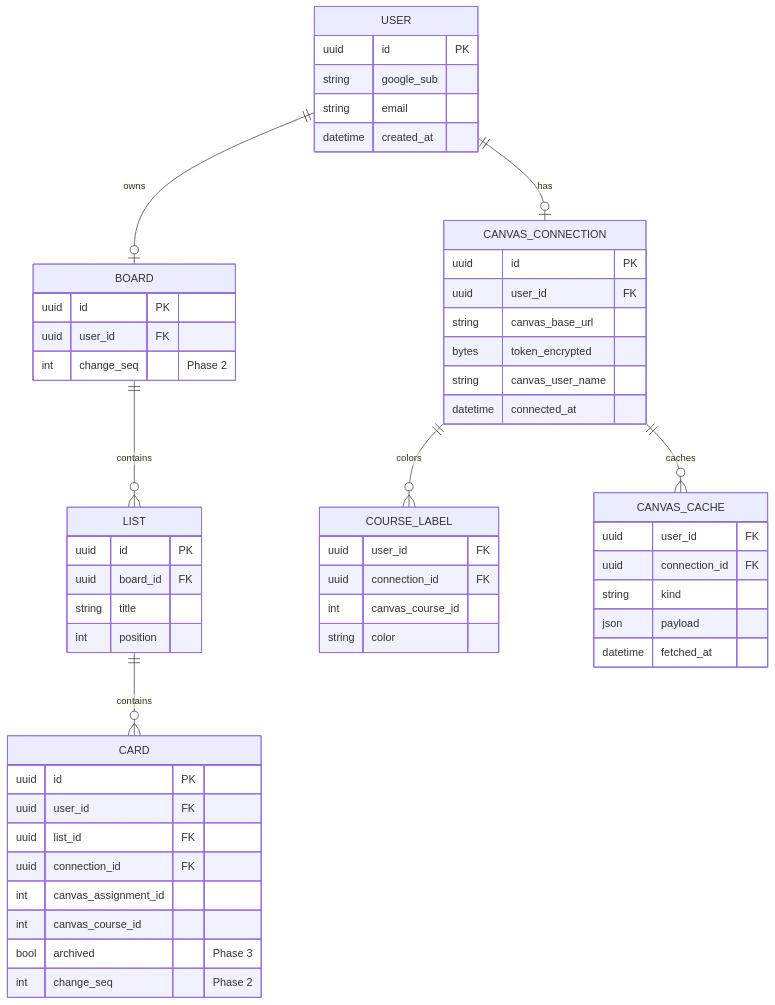
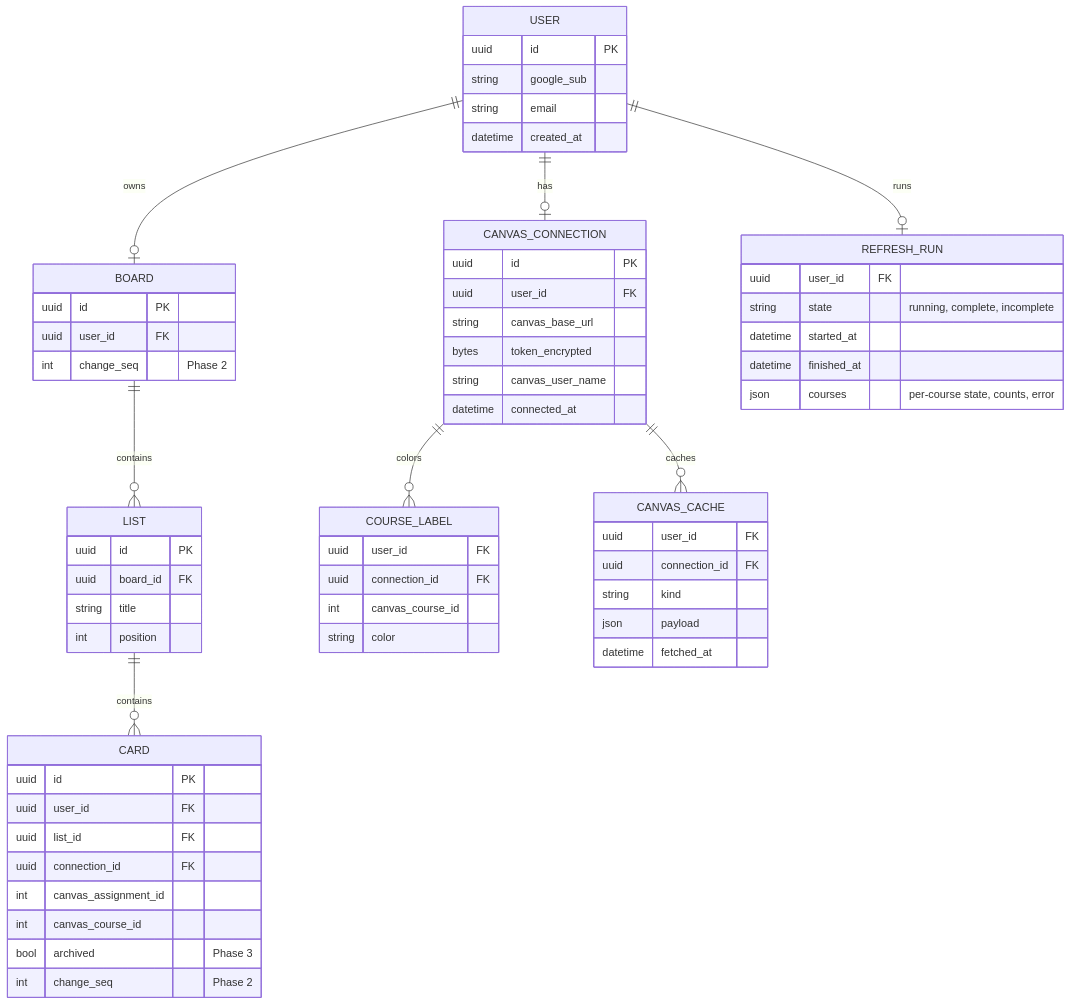
The second of 6 diagrams in docs/canvas-portal/03-design.md (bbranton/TestProj), drawn with Mermaid before and after one commit. The commit also changed other lines of this file and 4 other files, not shown here.

````diff
--- a/docs/canvas-portal/03-design.md
+++ b/docs/canvas-portal/03-design.md
@@ -80,58 +80,66 @@
 ```mermaid
 erDiagram
     USER ||--o| CANVAS_CONNECTION : has
     USER ||--o| BOARD : owns
+    USER ||--o| REFRESH_RUN : runs
     BOARD ||--o{ LIST : contains
     LIST ||--o{ CARD : contains
     CANVAS_CONNECTION ||--o{ COURSE_LABEL : colors
     CANVAS_CONNECTION ||--o{ CANVAS_CACHE : caches
 
     USER {
         uuid id PK
         string google_sub
         string email
         datetime created_at
     }
     CANVAS_CONNECTION {
         uuid id PK
         uuid user_id FK
         string canvas_base_url
         bytes token_encrypted
         string canvas_user_name
         datetime connected_at
     }
     BOARD {
         uuid id PK
         uuid user_id FK
         int change_seq "Phase 2"
     }
     LIST {
         uuid id PK
         uuid board_id FK
         string title
         int position
     }
     CARD {
         uuid id PK
         uuid user_id FK
         uuid list_id FK
         uuid connection_id FK
         int canvas_assignment_id
         int canvas_course_id
         bool archived "Phase 3"
         int change_seq "Phase 2"
     }
     COURSE_LABEL {
         uuid user_id FK
         uuid connection_id FK
         int canvas_course_id
         string color
     }
+    REFRESH_RUN {
+        uuid user_id FK
+        string state "running, complete, incomplete"
+        datetime started_at
+        datetime finished_at
+        json courses "per-course state, counts, error"
+    }
     CANVAS_CACHE {
         uuid user_id FK
         uuid connection_id FK
         string kind
         json payload
         datetime fetched_at
     }
 ```
````
